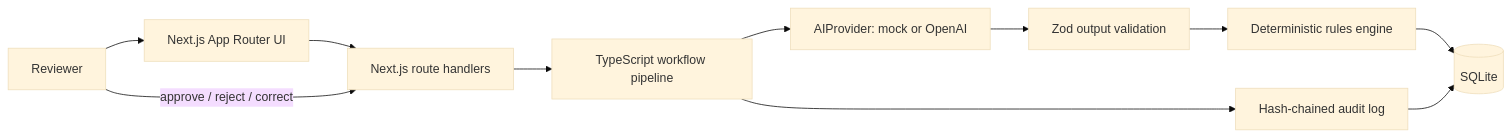
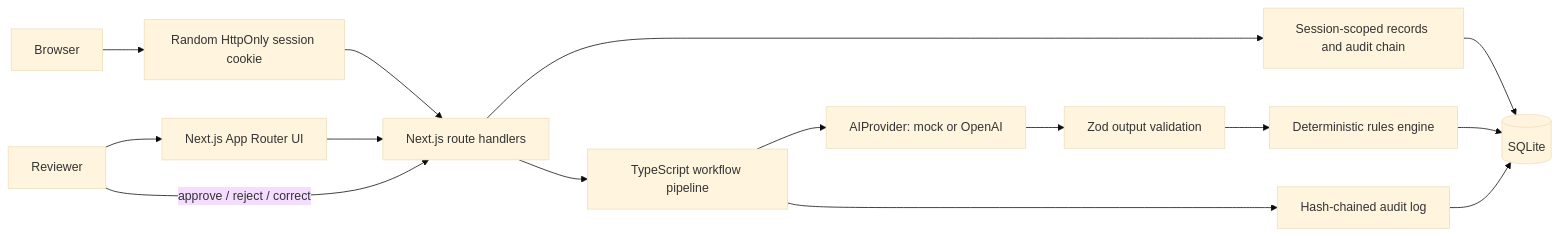
Before and after one commit to rjwiebe/invoice-exception-agent: the diagram in README.md, drawn with Mermaid (base theme). The commit also changed other lines of this file and 34 other files, not shown here.

First line of the commit message:
Isolate public demo data by browser session

````diff
--- a/README.md
+++ b/README.md
@@ -73,13 +73,17 @@
 ```mermaid
 flowchart LR
+  Browser --> Cookie[Random HttpOnly session cookie]
   Reviewer --> UI[Next.js App Router UI]
   UI --> API[Next.js route handlers]
+  Cookie --> API
+  API --> Scope[Session-scoped records and audit chain]
+  Scope --> DB[(SQLite)]
   API --> Flow[TypeScript workflow pipeline]
   Flow --> AI[AIProvider: mock or OpenAI]
   AI --> Zod[Zod output validation]
   Zod --> Rules[Deterministic rules engine]
-  Rules --> DB[(SQLite)]
+  Rules --> DB
   Flow --> Audit[Hash-chained audit log]
   Audit --> DB
   Reviewer -->|approve / reject / correct| API
 ```
````
